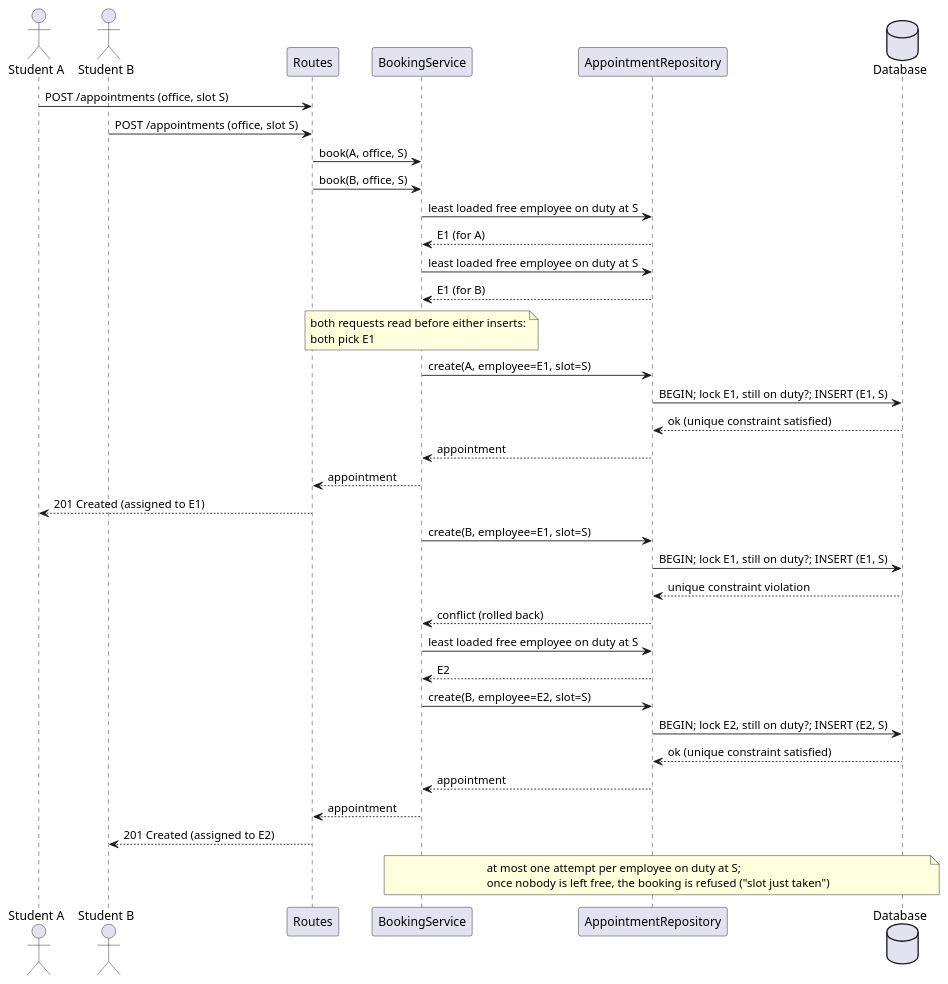
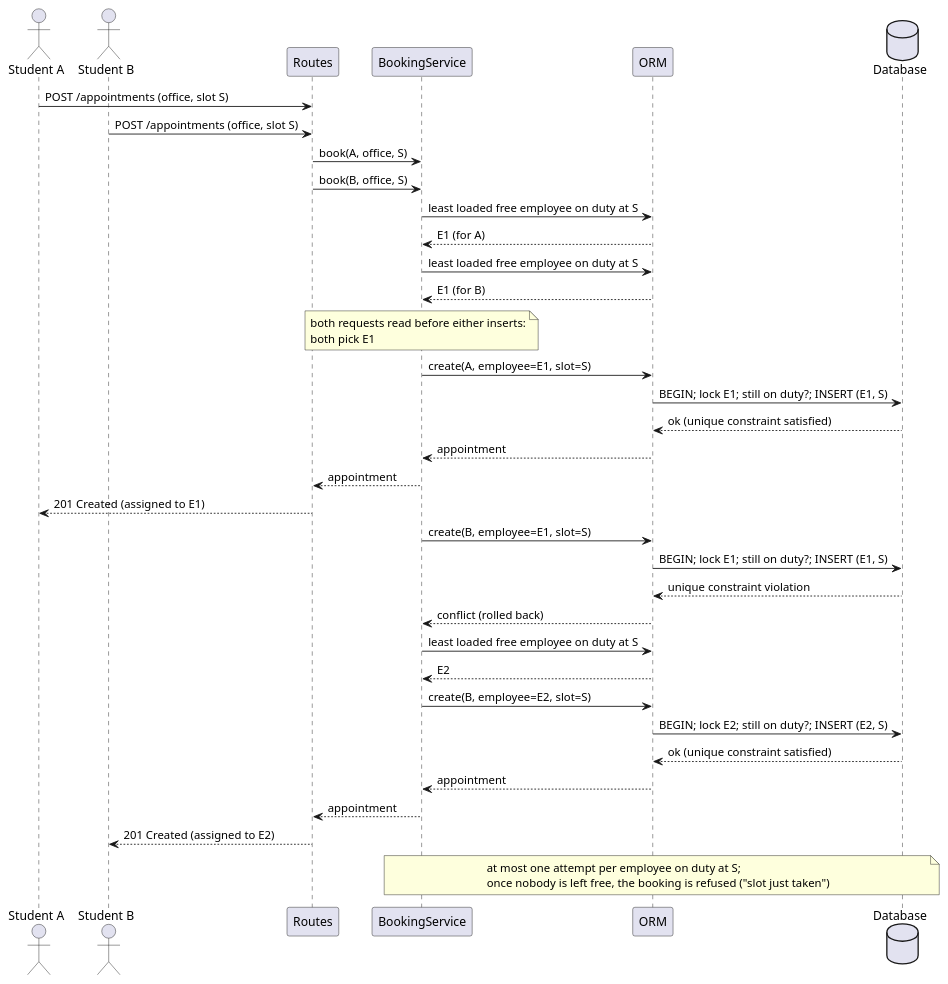
Before and after one commit to unibo-dtm-se-2526-PRONTO/report: the diagram in sections/03-design/assets/seq2.puml, drawn with PlantUML. The commit also changed 11 other files, not shown here.

```diff
--- a/sections/03-design/assets/seq2.puml
+++ b/sections/03-design/assets/seq2.puml
@@ -1,42 +1,43 @@
 @startuml seq2
+skinparam shadowing false
 actor "Student A" as A
 actor "Student B" as B
 participant "Routes" as routes
 participant "BookingService" as booksvc
-participant "AppointmentRepository" as apptrepo
+participant "ORM" as orm
 database "Database" as db
 
 A -> routes : POST /appointments (office, slot S)
 B -> routes : POST /appointments (office, slot S)
 routes -> booksvc : book(A, office, S)
 routes -> booksvc : book(B, office, S)
 
-booksvc -> apptrepo : least loaded free employee on duty at S
-apptrepo --> booksvc : E1 (for A)
-booksvc -> apptrepo : least loaded free employee on duty at S
-apptrepo --> booksvc : E1 (for B)
+booksvc -> orm : least loaded free employee on duty at S
+orm --> booksvc : E1 (for A)
+booksvc -> orm : least loaded free employee on duty at S
+orm --> booksvc : E1 (for B)
 note over booksvc : both requests read before either inserts:\nboth pick E1
 
-booksvc -> apptrepo : create(A, employee=E1, slot=S)
-apptrepo -> db : BEGIN; lock E1, still on duty?; INSERT (E1, S)
-db --> apptrepo : ok (unique constraint satisfied)
-apptrepo --> booksvc : appointment
+booksvc -> orm : create(A, employee=E1, slot=S)
+orm -> db : BEGIN; lock E1; still on duty?; INSERT (E1, S)
+db --> orm : ok (unique constraint satisfied)
+orm --> booksvc : appointment
 booksvc --> routes : appointment
 routes --> A : 201 Created (assigned to E1)
 
-booksvc -> apptrepo : create(B, employee=E1, slot=S)
-apptrepo -> db : BEGIN; lock E1, still on duty?; INSERT (E1, S)
-db --> apptrepo : unique constraint violation
-apptrepo --> booksvc : conflict (rolled back)
+booksvc -> orm : create(B, employee=E1, slot=S)
+orm -> db : BEGIN; lock E1; still on duty?; INSERT (E1, S)
+db --> orm : unique constraint violation
+orm --> booksvc : conflict (rolled back)
 
-booksvc -> apptrepo : least loaded free employee on duty at S
-apptrepo --> booksvc : E2
-booksvc -> apptrepo : create(B, employee=E2, slot=S)
-apptrepo -> db : BEGIN; lock E2, still on duty?; INSERT (E2, S)
-db --> apptrepo : ok (unique constraint satisfied)
-apptrepo --> booksvc : appointment
+booksvc -> orm : least loaded free employee on duty at S
+orm --> booksvc : E2
+booksvc -> orm : create(B, employee=E2, slot=S)
+orm -> db : BEGIN; lock E2; still on duty?; INSERT (E2, S)
+db --> orm : ok (unique constraint satisfied)
+orm --> booksvc : appointment
 booksvc --> routes : appointment
 routes --> B : 201 Created (assigned to E2)
 
 note over booksvc, db : at most one attempt per employee on duty at S;\nonce nobody is left free, the booking is refused ("slot just taken")
 @enduml
```
